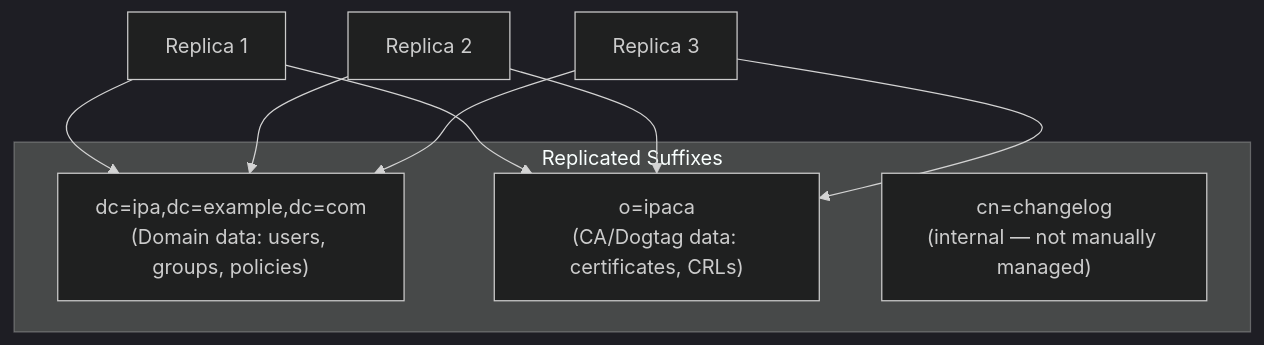
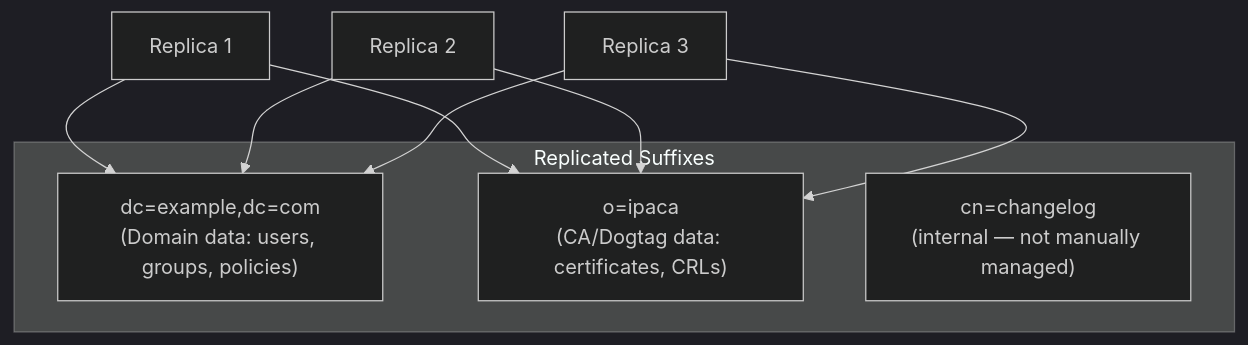
One commit to UncleJS/course_FreeIPA changed the first of 15 diagrams in 12_replication_topology.md. Above: the diagram before and after it, drawn with Mermaid (dark theme). The commit also changed other lines of this file and 24 other files, not shown here.

````diff
--- a/12_replication_topology.md
+++ b/12_replication_topology.md
@@ -66,11 +66,11 @@
 ```mermaid
 graph TD
     subgraph "Replicated Suffixes"
-        S1["dc=ipa,dc=example,dc=com<br/>(Domain data: users, groups, policies)"]
+        S1["dc=example,dc=com<br/>(Domain data: users, groups, policies)"]
         S2["o=ipaca<br/>(CA/Dogtag data: certificates, CRLs)"]
         S3["cn=changelog<br/>(internal — not manually managed)"]
     end
     IPA1[Replica 1] --> S1 & S2
     IPA2[Replica 2] --> S1 & S2
     IPA3[Replica 3] --> S1 & S2
 ```
````
